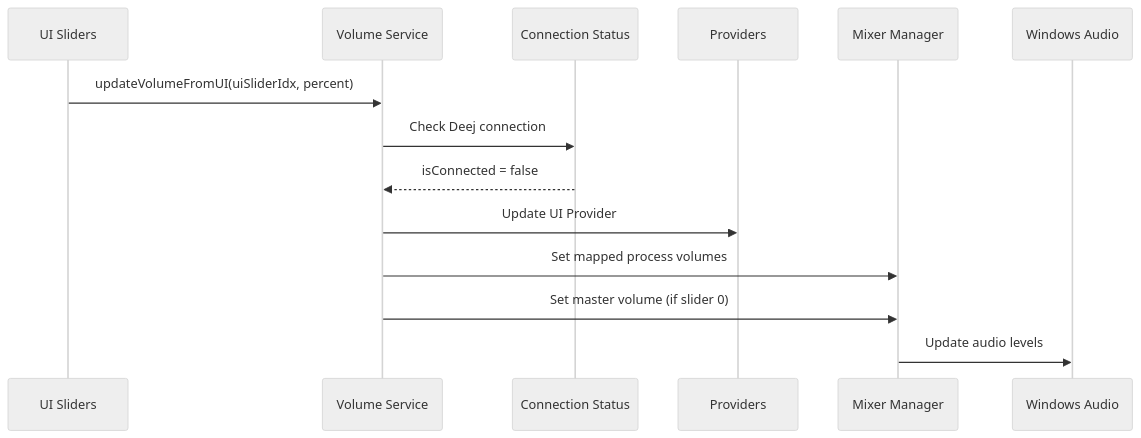
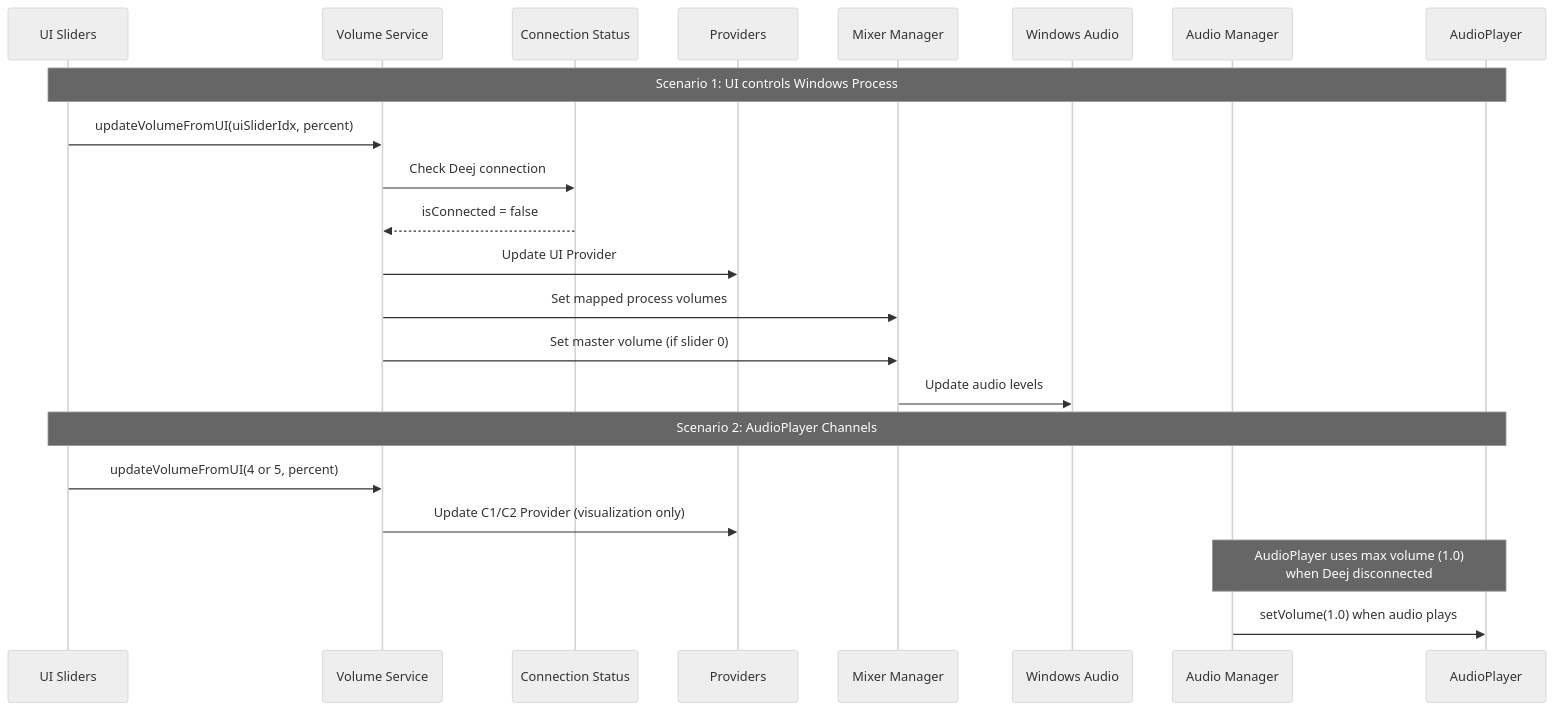
The third of 4 diagrams in docs/volume_control_architecture.md (morbo12/soundboard), drawn with Mermaid (neutral theme) before and after one commit. The commit also changed other lines of this file and 6 other files, not shown here.

````diff
--- a/docs/volume_control_architecture.md
+++ b/docs/volume_control_architecture.md
@@ -133,17 +171,30 @@
 ```mermaid
 sequenceDiagram
     participant UI as UI Sliders
     participant VS as Volume Service
     participant CS as Connection Status
     participant P as Providers
     participant M as Mixer Manager
     participant W as Windows Audio
+    participant AM as Audio Manager
+    participant AP as AudioPlayer
+
+    Note over UI,AP: Scenario 1: UI controls Windows Process
 
     UI->>VS: updateVolumeFromUI(uiSliderIdx, percent)
     VS->>CS: Check Deej connection
     CS-->>VS: isConnected = false
     VS->>P: Update UI Provider
     VS->>M: Set mapped process volumes
     VS->>M: Set master volume (if slider 0)
     M->>W: Update audio levels
+
+    Note over UI,AP: Scenario 2: AudioPlayer Channels
+
+    UI->>VS: updateVolumeFromUI(4 or 5, percent)
+    VS->>P: Update C1/C2 Provider (visualization only)
+
+    Note over AM,AP: AudioPlayer uses max volume (1.0)<br/>when Deej disconnected
+
+    AM->>AP: setVolume(1.0) when audio plays
 ```
````
